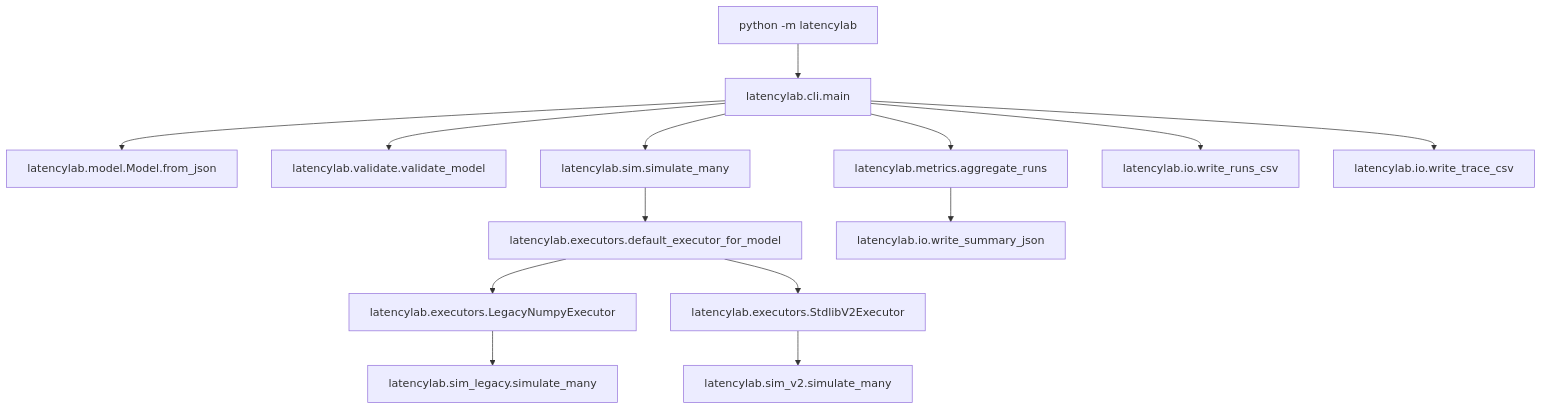
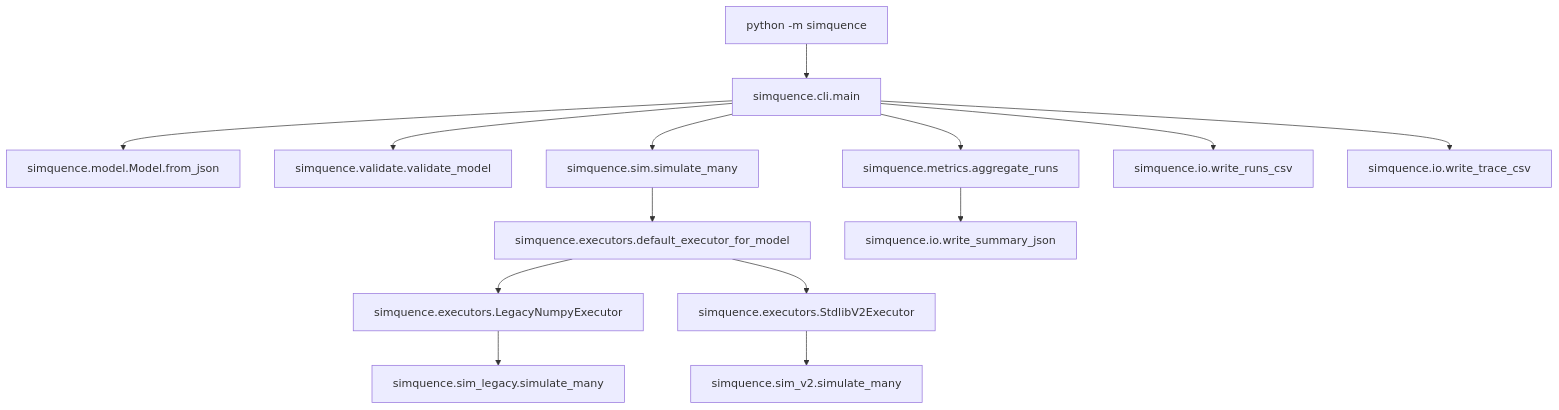
One commit to oernster/Simquence changed the first of 3 diagrams in ARCHITECTURE.md. Above: the diagram before and after it, drawn with Mermaid. The commit also changed other lines of this file and 292 other files, not shown here.

````diff
--- a/ARCHITECTURE.md
+++ b/ARCHITECTURE.md
@@ -144,16 +144,16 @@
 ```mermaid
 flowchart TD
-  CLIEntry[python -m latencylab] --> CLI[latencylab.cli.main]
-  CLI --> Parse[latencylab.model.Model.from_json]
-  CLI --> Validate[latencylab.validate.validate_model]
-  CLI --> Sim[latencylab.sim.simulate_many]
-  Sim --> Pick[latencylab.executors.default_executor_for_model]
-  Pick --> Legacy[latencylab.executors.LegacyNumpyExecutor]
-  Pick --> V2[latencylab.executors.StdlibV2Executor]
-  Legacy --> LSim[latencylab.sim_legacy.simulate_many]
-  V2 --> V2Sim[latencylab.sim_v2.simulate_many]
-  CLI --> Metrics[latencylab.metrics.aggregate_runs]
-  Metrics --> Summary[latencylab.io.write_summary_json]
-  CLI --> Runs[latencylab.io.write_runs_csv]
-  CLI --> Trace[latencylab.io.write_trace_csv]
+  CLIEntry[python -m simquence] --> CLI[simquence.cli.main]
+  CLI --> Parse[simquence.model.Model.from_json]
+  CLI --> Validate[simquence.validate.validate_model]
+  CLI --> Sim[simquence.sim.simulate_many]
+  Sim --> Pick[simquence.executors.default_executor_for_model]
+  Pick --> Legacy[simquence.executors.LegacyNumpyExecutor]
+  Pick --> V2[simquence.executors.StdlibV2Executor]
+  Legacy --> LSim[simquence.sim_legacy.simulate_many]
+  V2 --> V2Sim[simquence.sim_v2.simulate_many]
+  CLI --> Metrics[simquence.metrics.aggregate_runs]
+  Metrics --> Summary[simquence.io.write_summary_json]
+  CLI --> Runs[simquence.io.write_runs_csv]
+  CLI --> Trace[simquence.io.write_trace_csv]
 ```
````
